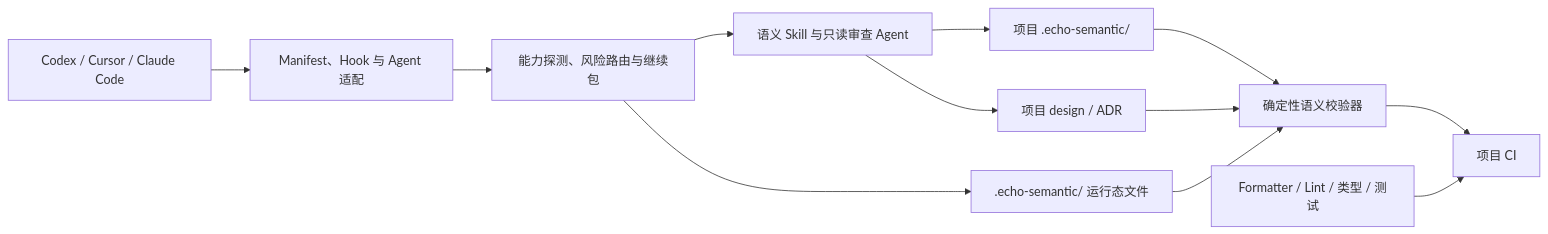
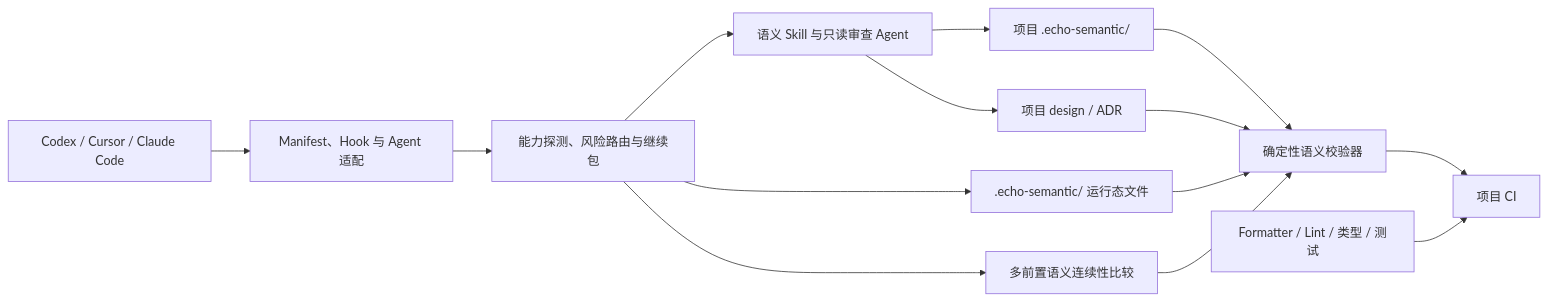
The first of 2 diagrams in README.md (EchoYue-lp/echo-semantic), drawn with Mermaid before and after one commit. The commit also changed other lines of this file and 39 other files, not shown here.

````diff
--- a/README.md
+++ b/README.md
@@ -52,14 +52,16 @@
 ```mermaid
 flowchart LR
   Host[Codex / Cursor / Claude Code] --> Adapter[Manifest、Hook 与 Agent 适配]
   Adapter --> Control[能力探测、风险路由与继续包]
   Control --> Skills[语义 Skill 与只读审查 Agent]
   Skills --> Semantic[项目 .echo-semantic/]
   Skills --> Design[项目 design / ADR]
   Control --> Runtime[.echo-semantic/ 运行态文件]
+  Control --> Continuity[多前置语义连续性比较]
   Semantic --> Verifier[确定性语义校验器]
   Design --> Verifier
   Runtime --> Verifier
+  Continuity --> Verifier
   Verifier --> CI[项目 CI]
   Tests[Formatter / Lint / 类型 / 测试] --> CI
 ```
````
